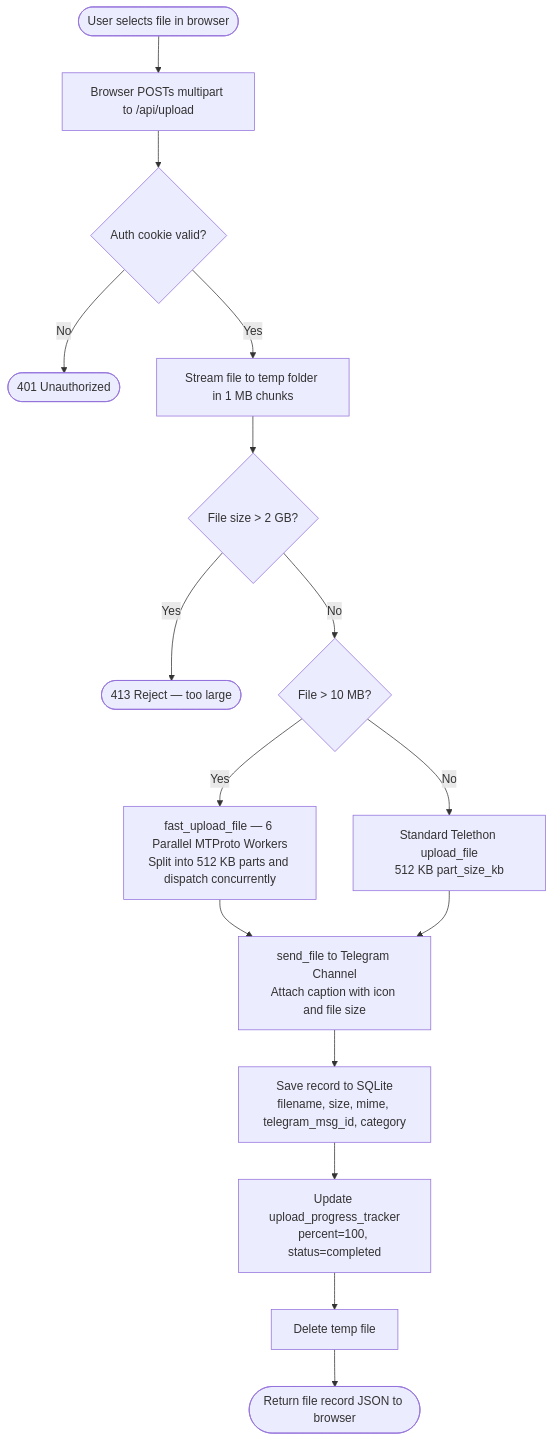
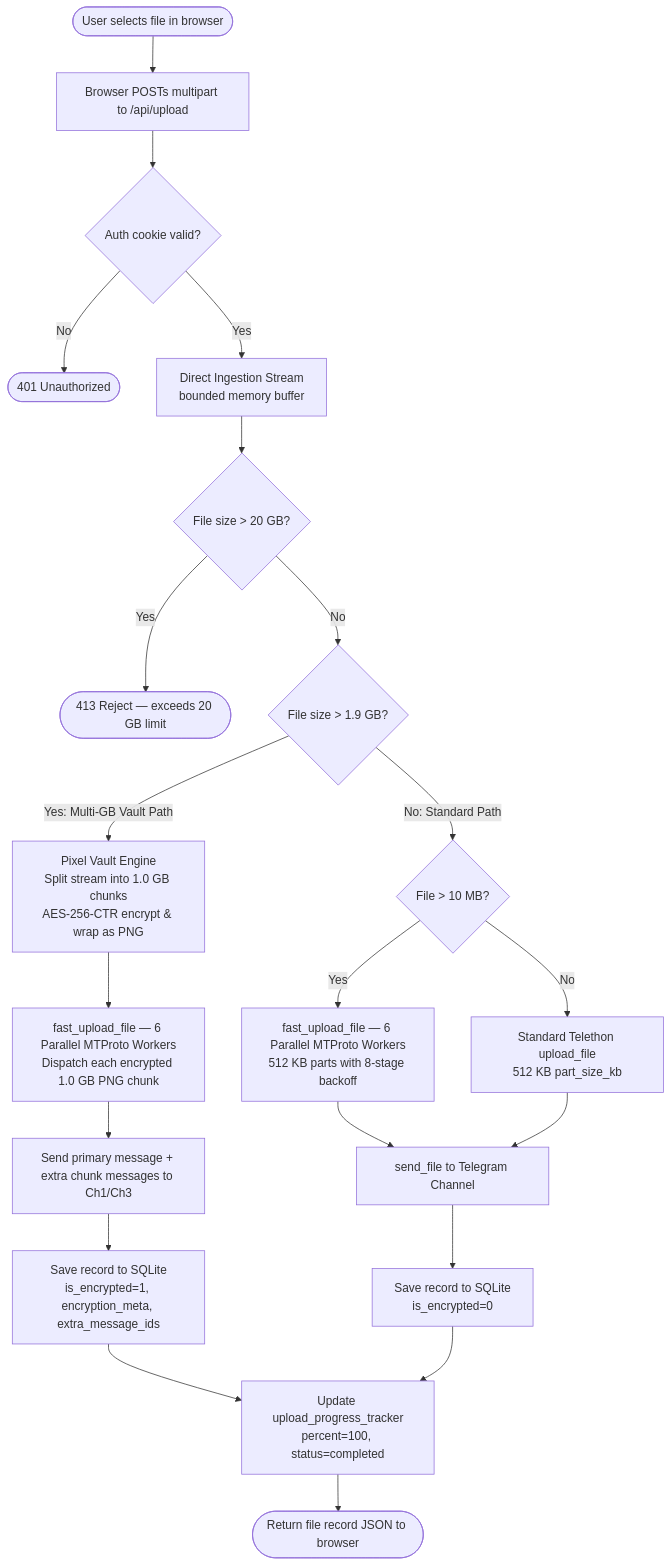
The third of 7 diagrams in architecture-scanner/1_flow_diagram.md (120198subham/telegram-cloud-drive), drawn with Mermaid before and after one commit. The commit also changed other lines of this file and 12 other files, not shown here.

Commit message:
feat: stateless memory sessions, 1.99GB split threshold, multi-stage UI progress with live timer & VLC stream support

````diff
--- a/architecture-scanner/1_flow_diagram.md
+++ b/architecture-scanner/1_flow_diagram.md
@@ -190,18 +207,23 @@
 ```mermaid
 flowchart TD
     A([User selects file in browser]) --> B[Browser POSTs multipart to /api/upload]
     B --> C{Auth cookie valid?}
     C -->|No| Z([401 Unauthorized])
-    C -->|Yes| D[Stream file to temp folder in 1 MB chunks]
-    D --> E{File size > 2 GB?}
-    E -->|Yes| F([413 Reject — too large])
-    E -->|No| G{File > 10 MB?}
-    G -->|Yes| H[fast_upload_file — 6 Parallel MTProto Workers\nSplit into 512 KB parts and dispatch concurrently]
-    G -->|No| I[Standard Telethon upload_file\n512 KB part_size_kb]
-    H --> J[send_file to Telegram Channel\nAttach caption with icon and file size]
-    I --> J
-    J --> K[Save record to SQLite\nfilename, size, mime, telegram_msg_id, category]
-    K --> L[Update upload_progress_tracker\npercent=100, status=completed]
-    L --> M[Delete temp file]
-    M --> N([Return file record JSON to browser])
+    C -->|Yes| D[Direct Ingestion Stream<br/>bounded memory buffer]
+    D --> E{File size > 20 GB?}
+    E -->|Yes| F([413 Reject — exceeds 20 GB limit])
+    E -->|No| G{File size > 1.9 GB?}
+    G -->|Yes: Multi-GB Vault Path| PV[Pixel Vault Engine<br/>Split stream into 1.0 GB chunks<br/>AES-256-CTR encrypt & wrap as PNG]
+    PV --> H1[fast_upload_file — 6 Parallel MTProto Workers<br/>Dispatch each encrypted 1.0 GB PNG chunk]
+    H1 --> J1[Send primary message + extra chunk messages to Ch1/Ch3]
+    J1 --> K1[Save record to SQLite<br/>is_encrypted=1, encryption_meta, extra_message_ids]
+    G -->|No: Standard Path| S{File > 10 MB?}
+    S -->|Yes| H2[fast_upload_file — 6 Parallel MTProto Workers<br/>512 KB parts with 8-stage backoff]
+    S -->|No| I2[Standard Telethon upload_file<br/>512 KB part_size_kb]
+    H2 --> J2[send_file to Telegram Channel]
+    I2 --> J2
+    J2 --> K2[Save record to SQLite<br/>is_encrypted=0]
+    K1 --> L[Update upload_progress_tracker<br/>percent=100, status=completed]
+    K2 --> L
+    L --> N([Return file record JSON to browser])
 ```
````
